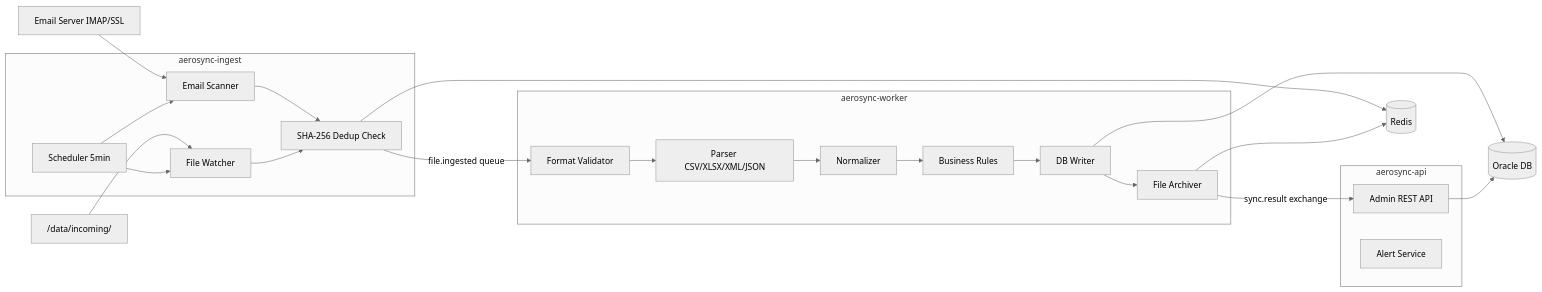
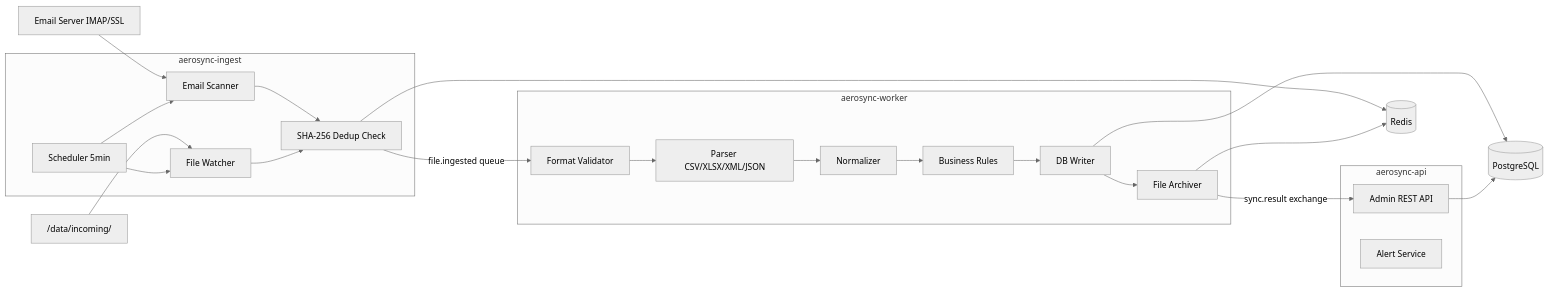
One commit to pactrifmilo2/VATM-AeroSync changed the diagram in MODULE-PLANS.md. Above: the diagram before and after it, drawn with Mermaid (neutral theme). The commit also changed other lines of this file and 41 other files, not shown here.

````diff
--- a/MODULE-PLANS.md
+++ b/MODULE-PLANS.md
@@ -34,40 +34,40 @@
 ```mermaid
 flowchart LR
   EmailServer[Email Server IMAP/SSL]
   FileSystem["/data/incoming/"]
 
   subgraph ingest [aerosync-ingest]
     Scheduler[Scheduler 5min]
     EmailScanner[Email Scanner]
     FileWatcher[File Watcher]
     Dedup[SHA-256 Dedup Check]
   end
 
   subgraph worker [aerosync-worker]
     FormatValidator[Format Validator]
     Parser[Parser CSV/XLSX/XML/JSON]
     Normalizer[Normalizer]
     BizRules[Business Rules]
     DBWriter[DB Writer]
     Archiver[File Archiver]
   end
 
   subgraph api [aerosync-api]
     AdminAPI[Admin REST API]
     Alerts[Alert Service]
   end
 
   EmailServer --> EmailScanner
   FileSystem --> FileWatcher
   Scheduler --> EmailScanner
   Scheduler --> FileWatcher
   EmailScanner --> Dedup
   FileWatcher --> Dedup
   Dedup -->|"file.ingested queue"| FormatValidator
   FormatValidator --> Parser --> Normalizer --> BizRules --> DBWriter --> Archiver
   Archiver -->|"sync.result exchange"| AdminAPI
-  DBWriter --> Oracle[(Oracle DB)]
+  DBWriter --> PostgreSQL[(PostgreSQL)]
   Dedup --> Redis[(Redis)]
   Archiver --> Redis
-  AdminAPI --> Oracle
+  AdminAPI --> PostgreSQL
 ```
````
